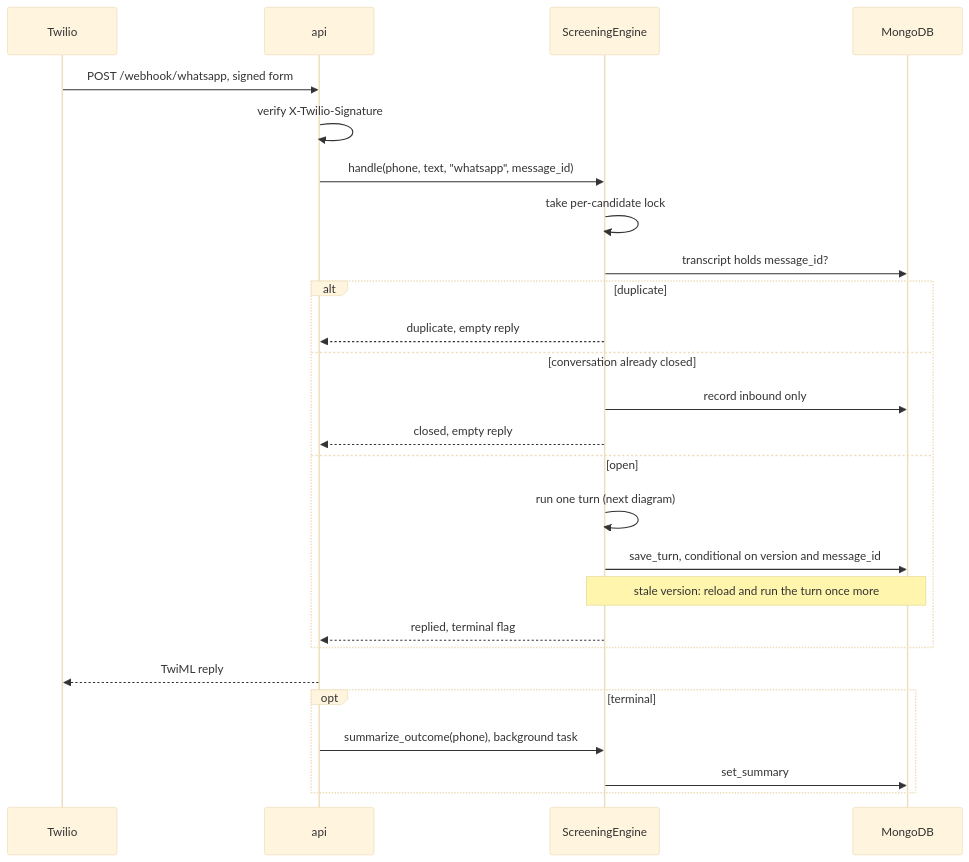
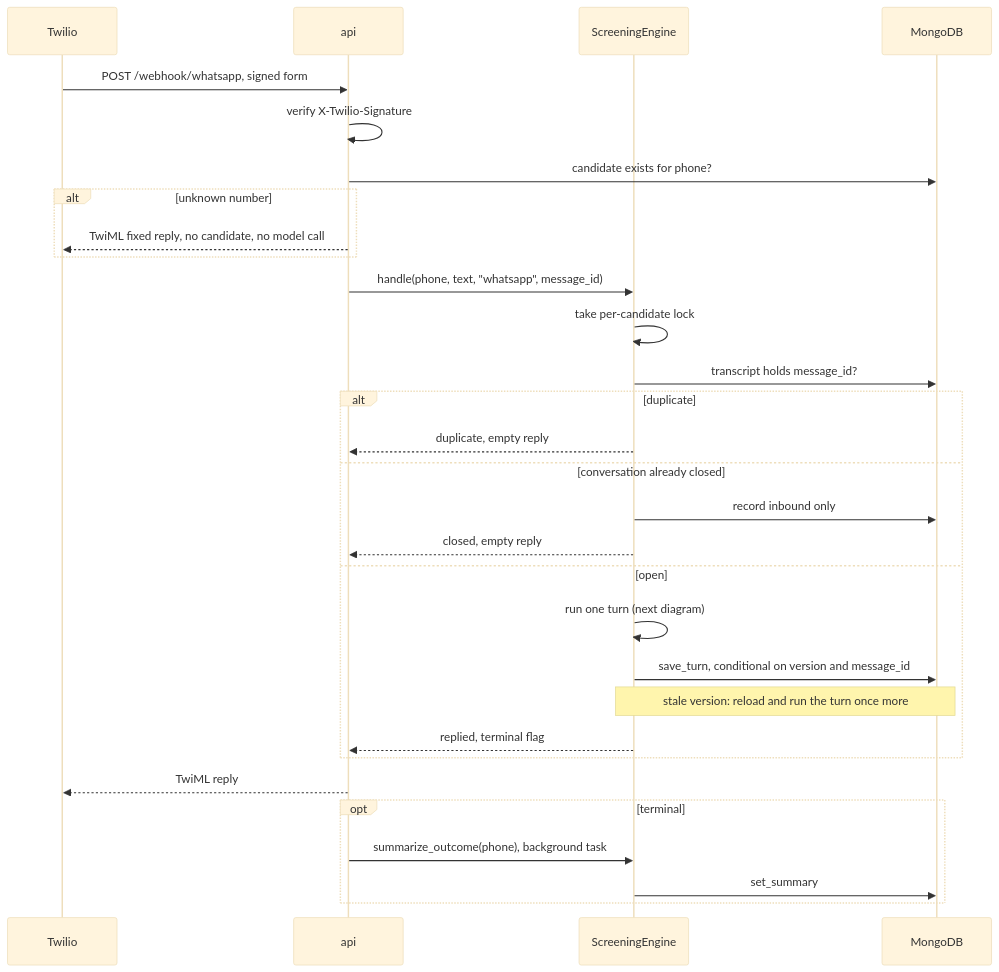
One commit to bumblB33/grupo-sazon-recruiting changed the third of 5 diagrams in README.md. Above: the diagram before and after it, drawn with Mermaid (base theme). The commit also changed other lines of this file and 9 other files, not shown here.

````diff
--- a/README.md
+++ b/README.md
@@ -300,29 +304,33 @@
 ```mermaid
 sequenceDiagram
     participant T as Twilio
     participant A as api
     participant E as ScreeningEngine
     participant M as MongoDB
 
     T->>A: POST /webhook/whatsapp, signed form
     A->>A: verify X-Twilio-Signature
+    A->>M: candidate exists for phone?
+    alt unknown number
+        A-->>T: TwiML fixed reply, no candidate, no model call
+    end
     A->>E: handle(phone, text, "whatsapp", message_id)
     E->>E: take per-candidate lock
     E->>M: transcript holds message_id?
     alt duplicate
         E-->>A: duplicate, empty reply
     else conversation already closed
         E->>M: record inbound only
         E-->>A: closed, empty reply
     else open
         E->>E: run one turn (next diagram)
         E->>M: save_turn, conditional on version and message_id
         Note over E,M: stale version: reload and run the turn once more
         E-->>A: replied, terminal flag
     end
     A-->>T: TwiML reply
     opt terminal
         A->>E: summarize_outcome(phone), background task
         E->>M: set_summary
     end
 ```
````
